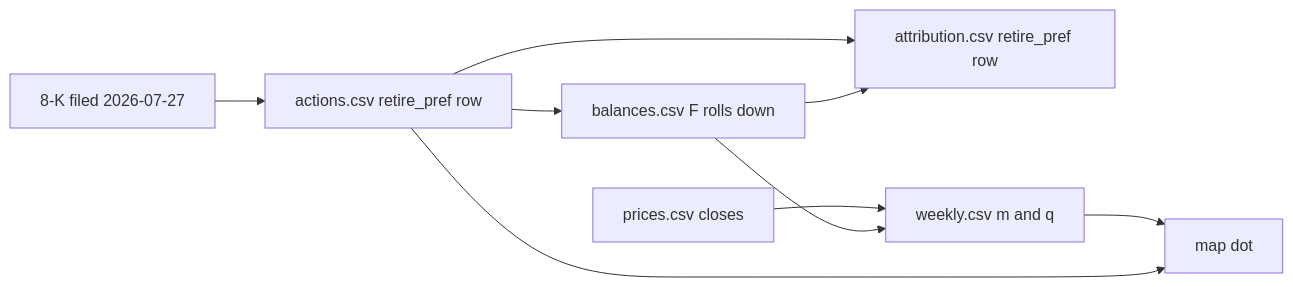
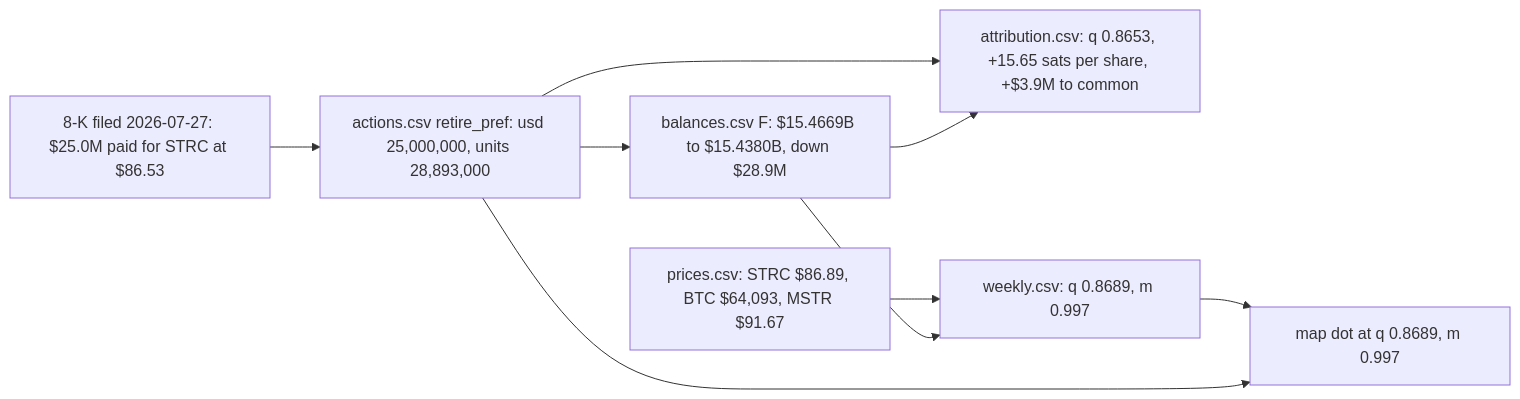
One commit to RahilBhavan/dat-accretion changed the diagram in docs/course/02-engine/03-trace-one-row/en.md. Above: the diagram before and after it, drawn with Mermaid. The commit also changed other lines of this file and 27 other files, not shown here.

````diff
--- a/docs/course/02-engine/03-trace-one-row/en.md
+++ b/docs/course/02-engine/03-trace-one-row/en.md
@@ -25,11 +25,11 @@
 ```mermaid
 flowchart LR
-  K[8-K filed 2026-07-27] --> A[actions.csv retire_pref row]
-  A --> B[balances.csv F rolls down]
-  A --> T[attribution.csv retire_pref row]
+  K["8-K filed 2026-07-27: $25.0M paid for STRC at $86.53"] --> A["actions.csv retire_pref: usd 25,000,000, units 28,893,000"]
+  A --> B["balances.csv F: $15.4669B to $15.4380B, down $28.9M"]
+  A --> T["attribution.csv: q 0.8653, +15.65 sats per share, +$3.9M to common"]
   B --> T
-  P[prices.csv closes] --> W[weekly.csv m and q]
+  P["prices.csv: STRC $86.89, BTC $64,093, MSTR $91.67"] --> W["weekly.csv: q 0.8689, m 0.997"]
   B --> W
-  W --> M[map dot]
+  W --> M["map dot at q 0.8689, m 0.997"]
   A --> M
 ```
````
